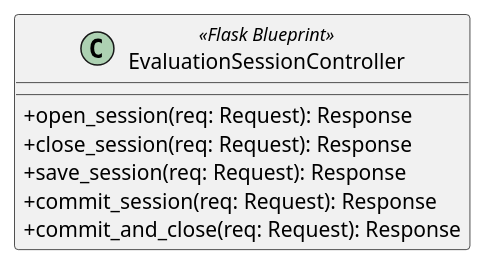
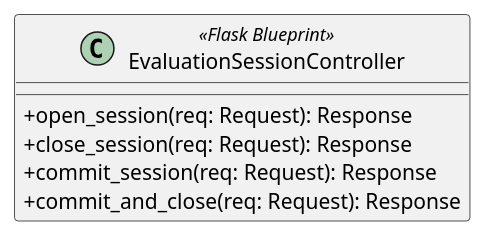
Before and after one commit to GroupRubberDuck/Documentazione: the diagram in src/PB/DocumentazioneEsterna/Specifica_Tecnica/content/05-diagrammi-classi/uml/puml/Backend/InboundAdapters/EvaluationSessionController.puml, drawn with PlantUML. The commit also changed 54 other files, not shown here.

```diff
--- a/src/PB/DocumentazioneEsterna/Specifica_Tecnica/content/05-diagrammi-classi/uml/puml/Backend/InboundAdapters/EvaluationSessionController.puml
+++ b/src/PB/DocumentazioneEsterna/Specifica_Tecnica/content/05-diagrammi-classi/uml/puml/Backend/InboundAdapters/EvaluationSessionController.puml
@@ -1,11 +1,10 @@
 @startuml EvaluationSessionController
 skinparam classAttributeIconSize 0
 class EvaluationSessionController <<Flask Blueprint>> {
     + open_session(req: Request): Response
     + close_session(req: Request): Response
-    + save_session(req: Request): Response
     + commit_session(req: Request): Response
     + commit_and_close(req: Request): Response
 }
 
 @enduml
```
